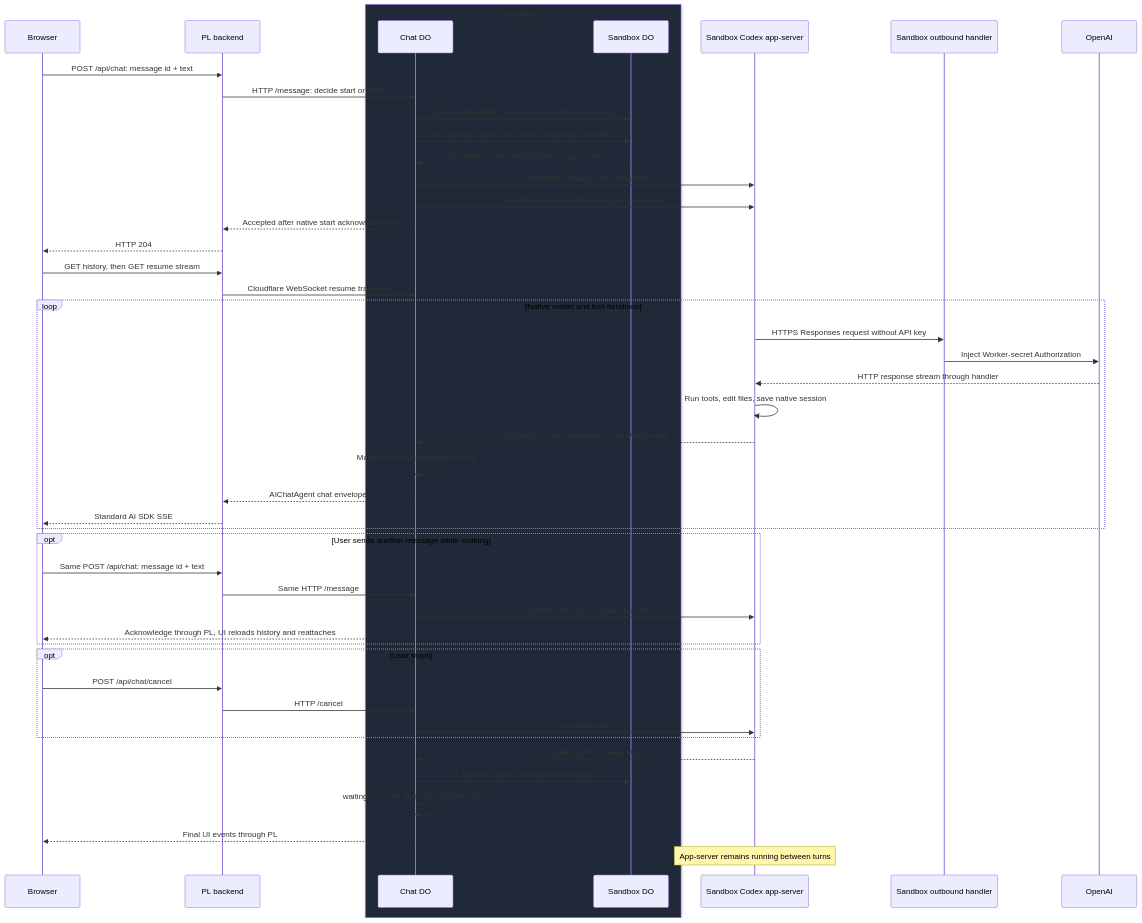
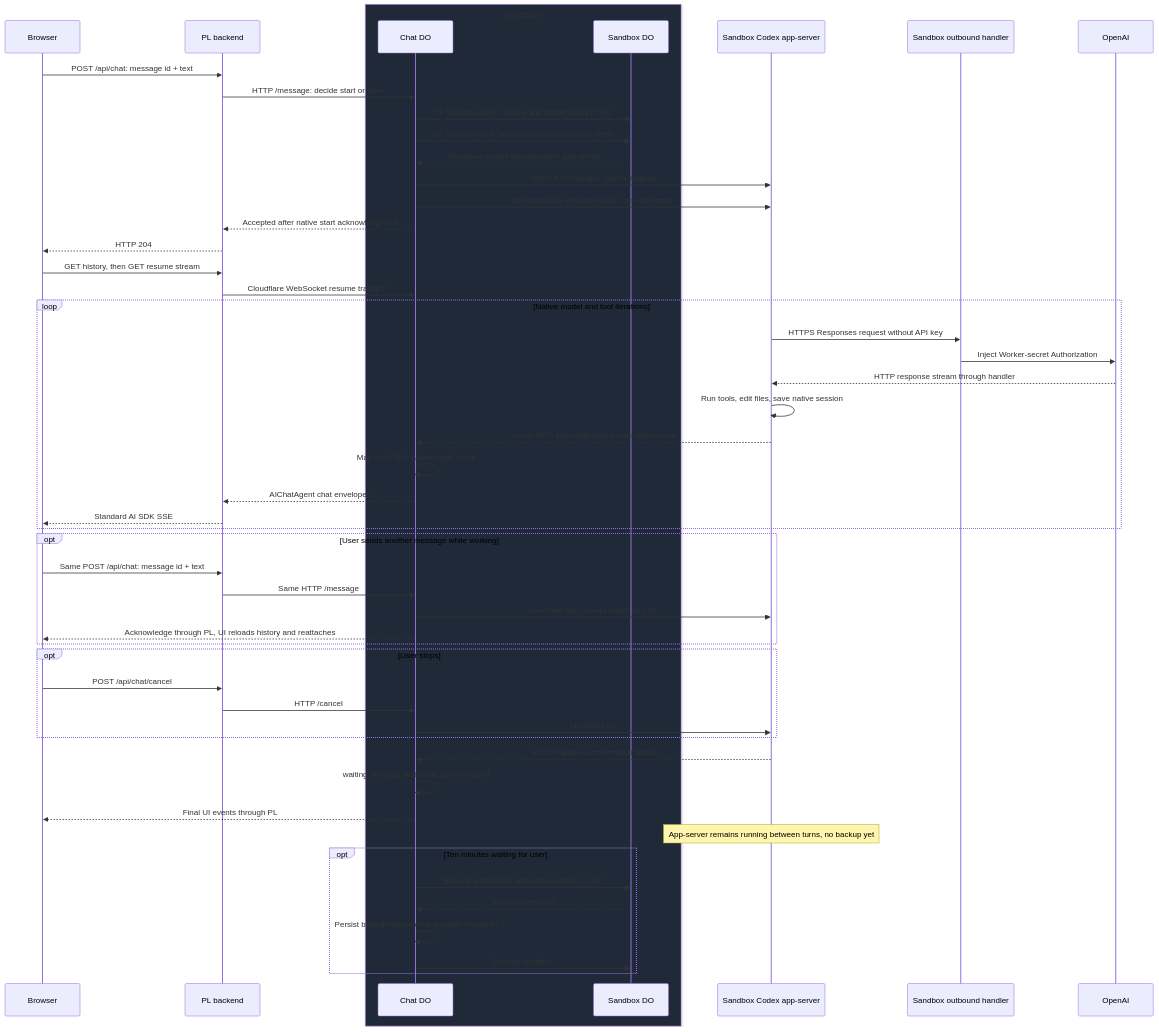
Before and after one commit to miguelaenlle/cloudflare-agents-sdk-test: the second of 3 diagrams in docs/architecture.md, drawn with Mermaid. The commit also changed other lines of this file and 4 other files, not shown here.

````diff
--- a/docs/architecture.md
+++ b/docs/architecture.md
@@ -72,50 +72,55 @@
 ```mermaid
 sequenceDiagram
     participant UI as Browser
     participant PL as PL backend
     box rgb(31,41,55) Cloudflare
         participant Chat as Chat DO
         participant Sandbox as Sandbox DO
     end
     participant Codex as Sandbox Codex app-server
     participant Auth as Sandbox outbound handler
     participant Model as OpenAI
 
     UI->>PL: POST /api/chat: message id + text
     PL->>Chat: HTTP /message: decide start or steer
     Chat->>Sandbox: CF Sandbox SDK: restore and startProcess if cold
     Chat->>Sandbox: CF Sandbox SDK: wsConnect on private port 4500
     Sandbox-->>Chat: Cloudflare-routed WebSocket to app-server
     Chat->>Codex: JSON-RPC initialize, then initialized
     Chat->>Codex: thread/start or thread/resume, then turn/start
     Chat-->>PL: Accepted after native start acknowledgment
     PL-->>UI: HTTP 204
     UI->>PL: GET history, then GET resume stream
     PL->>Chat: Cloudflare WebSocket resume transport
     loop Native model and tool iterations
         Codex->>Auth: HTTPS Responses request without API key
         Auth->>Model: Inject Worker-secret Authorization
         Model-->>Codex: HTTP response stream through handler
         Codex->>Codex: Run tools, edit files, save native session
         Codex-->>Chat: JSON-RPC item notifications over WebSocket
         Chat->>Chat: Map to AI SDK UIMessageChunk
         Chat-->>PL: AIChatAgent chat envelopes
         PL-->>UI: Standard AI SDK SSE
     end
     opt User sends another message while working
         UI->>PL: Same POST /api/chat: message id + text
         PL->>Chat: Same HTTP /message
         Chat->>Codex: turn/steer with current native turn ID
         Chat-->>UI: Acknowledge through PL, UI reloads history and reattaches
     end
     opt User stops
         UI->>PL: POST /api/chat/cancel
         PL->>Chat: HTTP /cancel
         Chat->>Codex: turn/interrupt
     end
     Codex-->>Chat: turn/completed with terminal status
-    Chat->>Sandbox: CF Sandbox SDK: checkpoint workspace
     Chat->>Chat: waiting_for_user and close control socket
     Chat-->>UI: Final UI events through PL
-    Note over Codex: App-server remains running between turns
+    Note over Codex: App-server remains running between turns, no backup yet
+    opt Ten minutes waiting for user
+        Chat->>Sandbox: Back up workspace and native session to R2
+        Sandbox-->>Chat: Backup reference
+        Chat->>Chat: Persist backup reference and native thread ID
+        Chat->>Sandbox: Destroy sandbox
+    end
 ```
````
